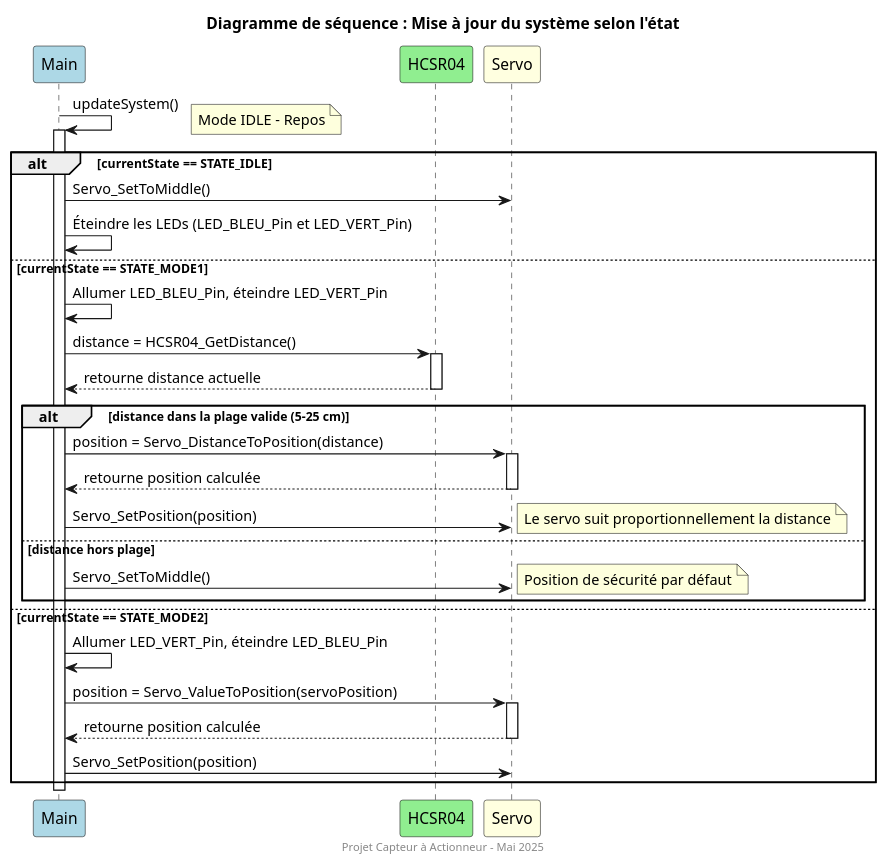
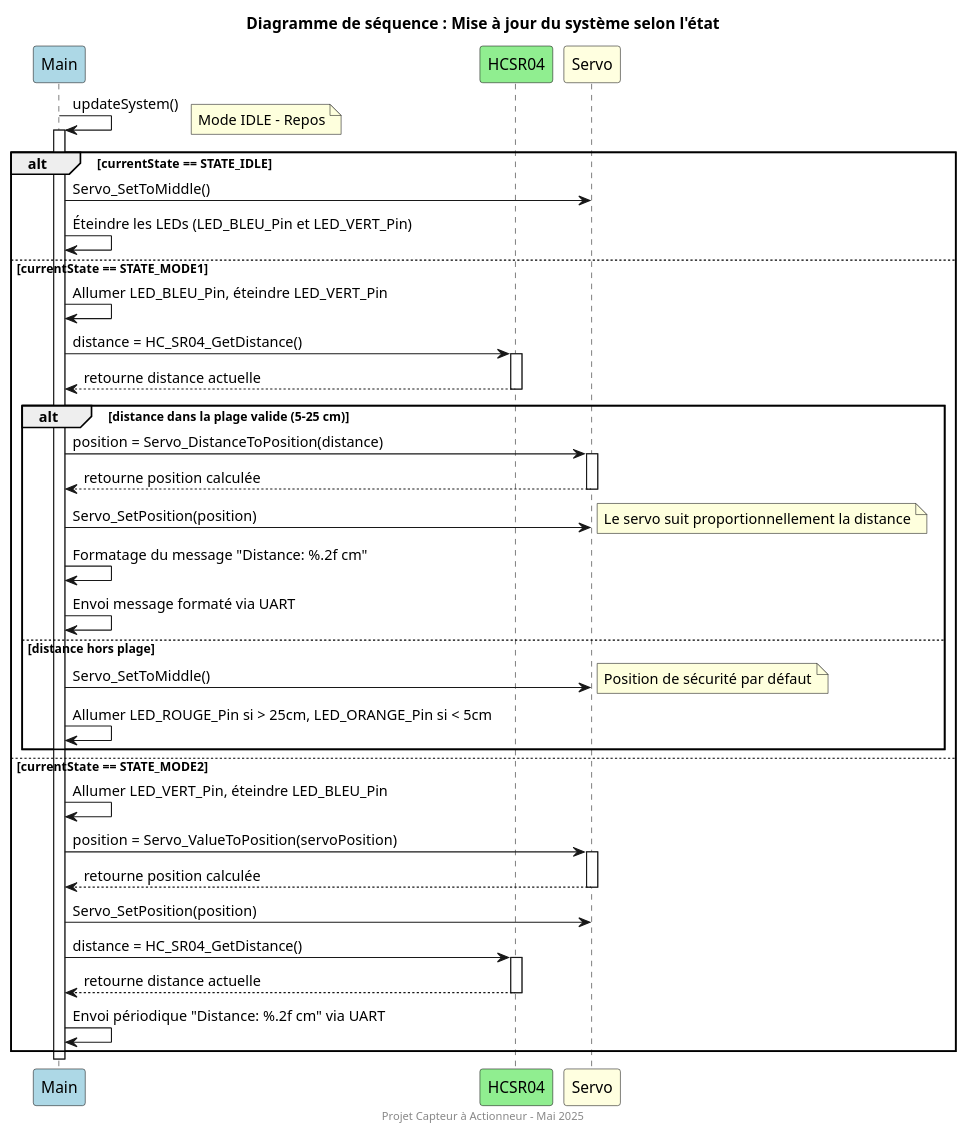
The diagram in doc-README/DS-SystemUpdate.puml (AzTaiiyoo/Capteur_actionneur), drawn with PlantUML before and after one commit. The commit also changed 7 other files, not shown here.

```diff
--- a/doc-README/DS-SystemUpdate.puml
+++ b/doc-README/DS-SystemUpdate.puml
@@ -1,48 +1,62 @@
 @startuml
 ' Participants (modules)
 participant "Main" as Main #LightBlue
 participant "HCSR04" as HCSR04 #LightGreen
 participant "Servo" as Servo #LightYellow
 
 title Diagramme de séquence : Mise à jour du système selon l'état
 
 Main -> Main: updateSystem()
 activate Main
 
 alt currentState == STATE_IDLE
   note right: Mode IDLE - Repos
   Main -> Servo: Servo_SetToMiddle()
   Main -> Main: Éteindre les LEDs (LED_BLEU_Pin et LED_VERT_Pin)
 else currentState == STATE_MODE1
   note right: Mode 1 - Suivi capteur
   Main -> Main: Allumer LED_BLEU_Pin, éteindre LED_VERT_Pin
-  Main -> HCSR04: distance = HCSR04_GetDistance()
+  Main -> HCSR04: distance = HC_SR04_GetDistance()
   activate HCSR04
   HCSR04 --> Main: retourne distance actuelle
   deactivate HCSR04
   
   alt distance dans la plage valide (5-25 cm)
     Main -> Servo: position = Servo_DistanceToPosition(distance)
     activate Servo
     Servo --> Main: retourne position calculée
     deactivate Servo
     Main -> Servo: Servo_SetPosition(position)
     note right: Le servo suit proportionnellement la distance
+    
+    ' Envoi de la distance par UART pour informer l'utilisateur
+    Main -> Main: Formatage du message "Distance: %.2f cm"
+    Main -> Main: Envoi message formaté via UART
   else distance hors plage
     Main -> Servo: Servo_SetToMiddle()
     note right: Position de sécurité par défaut
+    Main -> Main: Allumer LED_ROUGE_Pin si > 25cm, LED_ORANGE_Pin si < 5cm
   end
 else currentState == STATE_MODE2
   note right: Mode 2 - Commande utilisateur
   Main -> Main: Allumer LED_VERT_Pin, éteindre LED_BLEU_Pin
   Main -> Servo: position = Servo_ValueToPosition(servoPosition)
   activate Servo
   Servo --> Main: retourne position calculée
   deactivate Servo
   Main -> Servo: Servo_SetPosition(position)
+  
+  ' Continuer à mesurer la distance pour information
+  Main -> HCSR04: distance = HC_SR04_GetDistance()
+  activate HCSR04
+  HCSR04 --> Main: retourne distance actuelle
+  deactivate HCSR04
+  
+  ' Envoi périodique de la distance mesurée
+  Main -> Main: Envoi périodique "Distance: %.2f cm" via UART
 end
 
 deactivate Main
 
 footer Projet Capteur à Actionneur – Mai 2025
 @enduml
```
